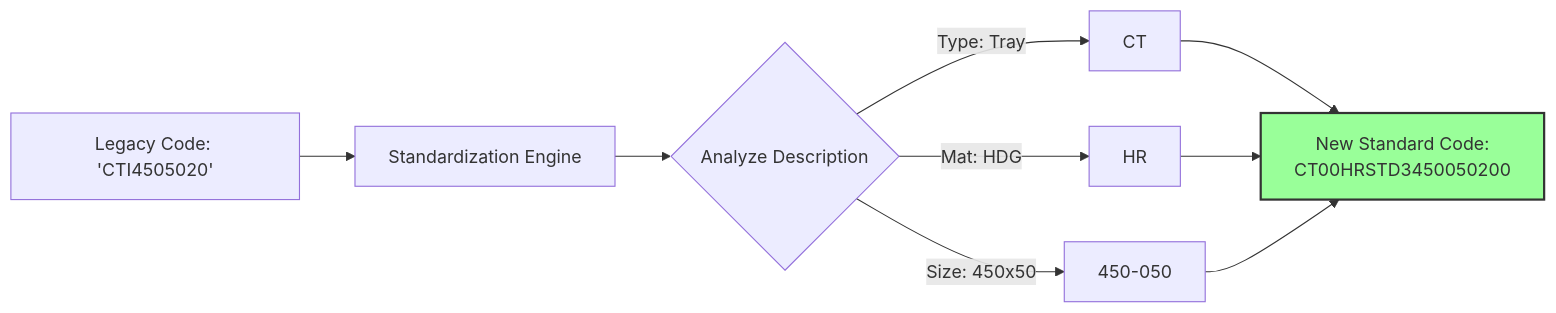
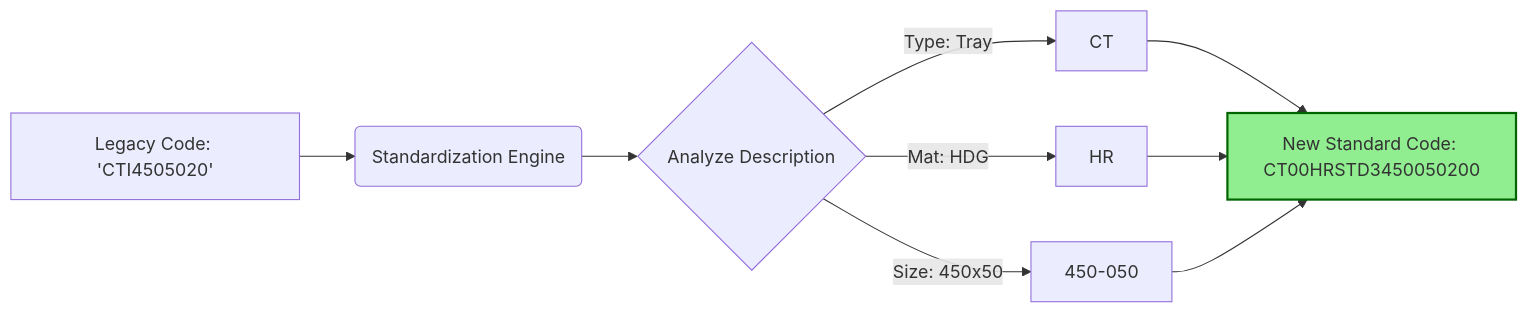
Before and after one commit to Sury002/Presentation: the first of 2 diagrams in README.md, drawn with Mermaid. The commit also changed other lines of this file, not shown here.

````diff
--- a/README.md
+++ b/README.md
@@ -83,10 +49,13 @@
 ```mermaid
 flowchart LR
-    raw["Legacy Code: 'CTI4505020'"] --> engine["Standardization Engine"];
-    engine --> analysis{"Analyze Description"};
-    analysis -->|Type: Tray| part1[CT];
-    analysis -->|Mat: HDG| part2[HR];
-    analysis -->|Size: 450x50| part3[450-050];
-    part1 & part2 & part3 --> result["New Standard Code:\nCT00HRSTD3450050200"];
-    style result fill:#9f9,stroke:#333,stroke-width:2px
+    Start["Legacy Code: 'CTI4505020'"] --> Engine(Standardization Engine);
+    Engine --> Analyze{Analyze Description};
+    
+    Analyze -->|Type: Tray| P1[CT];
+    Analyze -->|Mat: HDG| P2[HR];
+    Analyze -->|Size: 450x50| P3[450-050];
+    
+    P1 & P2 & P3 --> Final["New Standard Code: CT00HRSTD3450050200"];
+    
+    style Final fill:#90EE90,stroke:#006400,stroke-width:2px
 ```
````
